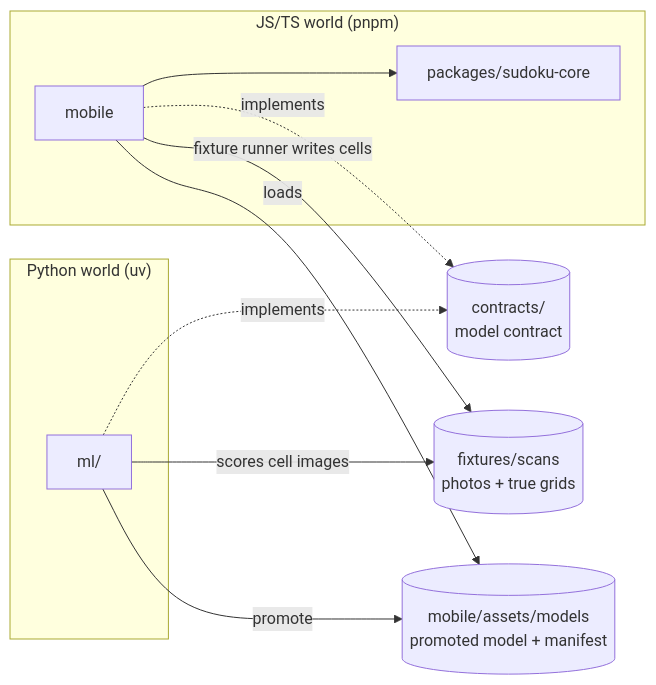
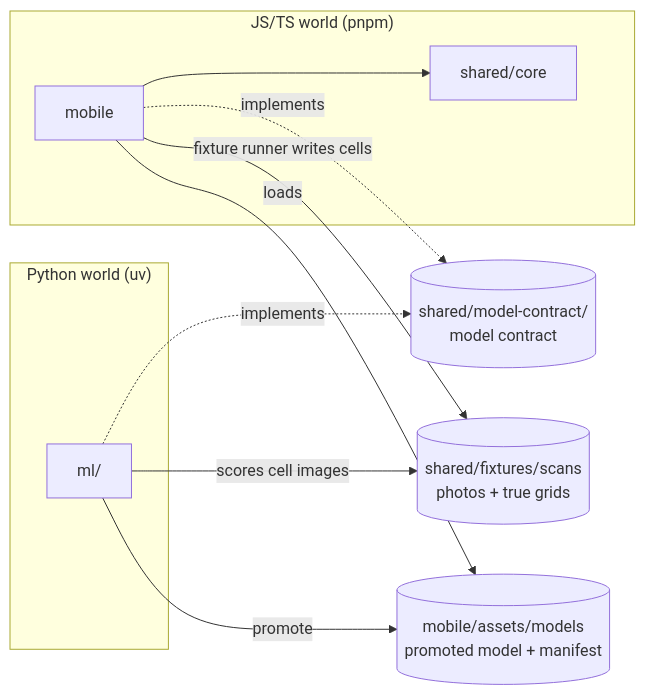
One commit to vandemaelefelix/sudoku changed the second of 2 diagrams in docs/architecture/03-system-scope-and-context.md. Above: the diagram before and after it, drawn with Mermaid. The commit also changed 276 other files, not shown here.

Commit message:
chore(repo): move packages, contracts, fixtures, data and scripts into shared, ml and tools (#135)

````diff
--- a/docs/architecture/03-system-scope-and-context.md
+++ b/docs/architecture/03-system-scope-and-context.md
@@ -42,21 +42,21 @@
 ```mermaid
 flowchart LR
     subgraph js["JS/TS world (pnpm)"]
         mobile["mobile"]
-        core["packages/sudoku-core"]
+        core["shared/core"]
     end
     subgraph py["Python world (uv)"]
         ml["ml/"]
     end
-    contracts[("contracts/<br>model contract")]
-    fixtures[("fixtures/scans<br>photos + true grids")]
+    contracts[("shared/model-contract/<br>model contract")]
+    fixtures[("shared/fixtures/scans<br>photos + true grids")]
     models[("mobile/assets/models<br>promoted model + manifest")]
 
     mobile --> core
     ml -->|promote| models
     mobile -->|loads| models
     ml -.->|implements| contracts
     mobile -.->|implements| contracts
     ml -->|scores cell images| fixtures
     mobile -->|fixture runner writes cells| fixtures
 ```
````
